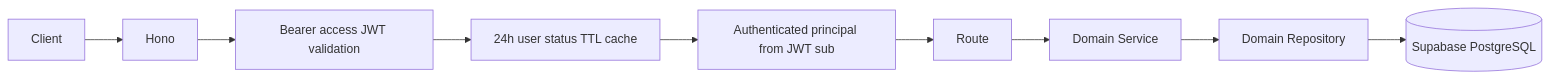
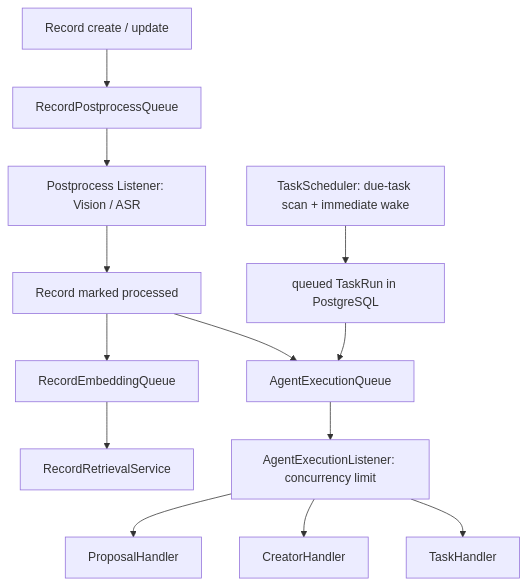
The diagram in docs/architecture/server.md (huiru-wang/fanto), drawn with Mermaid before and after one commit. The commit also changed other lines of this file and 21 other files, not shown here.

````diff
--- a/docs/architecture/server.md
+++ b/docs/architecture/server.md
@@ -23,11 +27,15 @@
 ```mermaid
-flowchart LR
-  C[Client] --> H[Hono]
-  H --> U[Bearer access JWT validation]
-  U --> A[24h user status TTL cache]
-  A --> P[Authenticated principal from JWT sub]
-  P --> R[Route]
-  R --> S[Domain Service]
-  S --> D[Domain Repository]
-  D --> DB[(Supabase PostgreSQL)]
+flowchart TD
+  R[Record create / update] --> Q[RecordPostprocessQueue]
+  Q --> V[Postprocess Listener: Vision / ASR]
+  V --> P[Record marked processed]
+  P --> E[RecordEmbeddingQueue]
+  P --> A[AgentExecutionQueue]
+  E --> I[RecordRetrievalService]
+  A --> L[AgentExecutionListener: concurrency limit]
+  L --> PA[ProposalHandler]
+  L --> CR[CreatorHandler]
+  L --> TH[TaskHandler]
+  S[TaskScheduler: due-task scan + immediate wake] --> T[queued TaskRun in PostgreSQL]
+  T --> A
 ```
````
